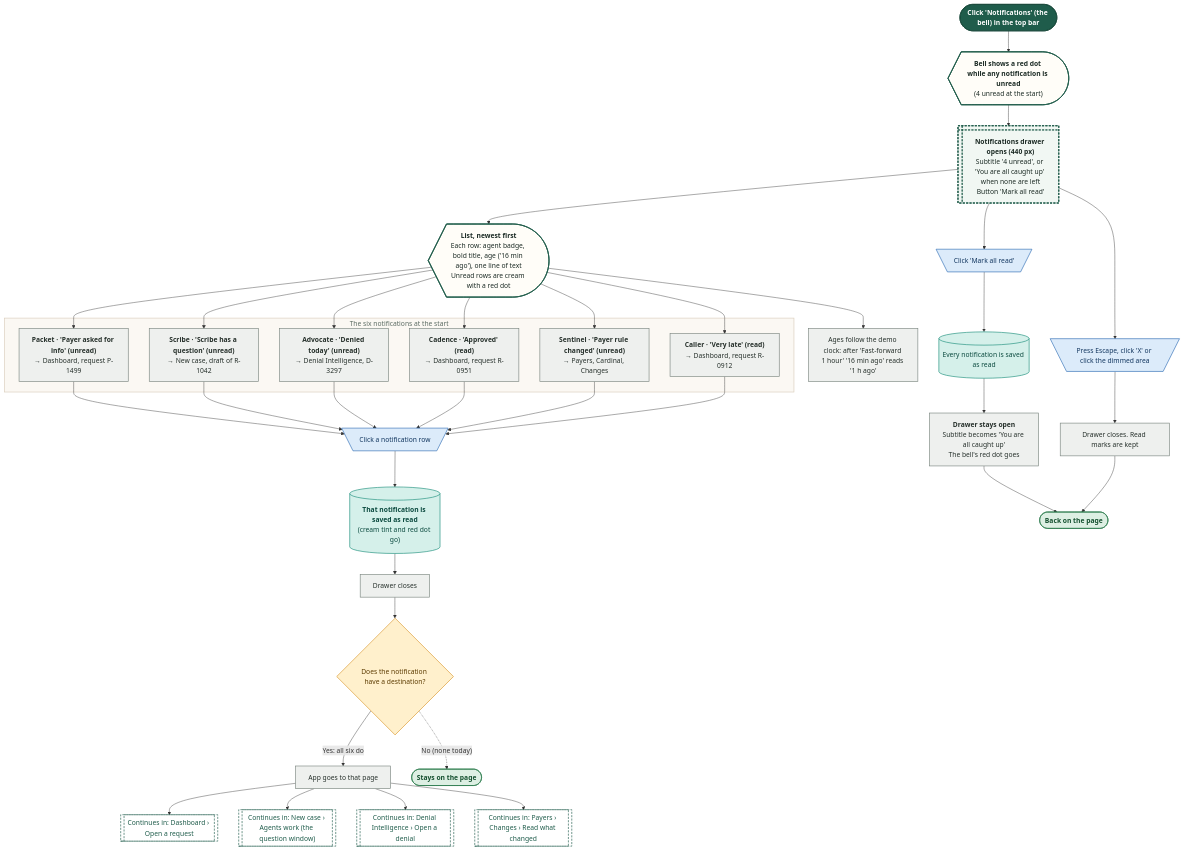
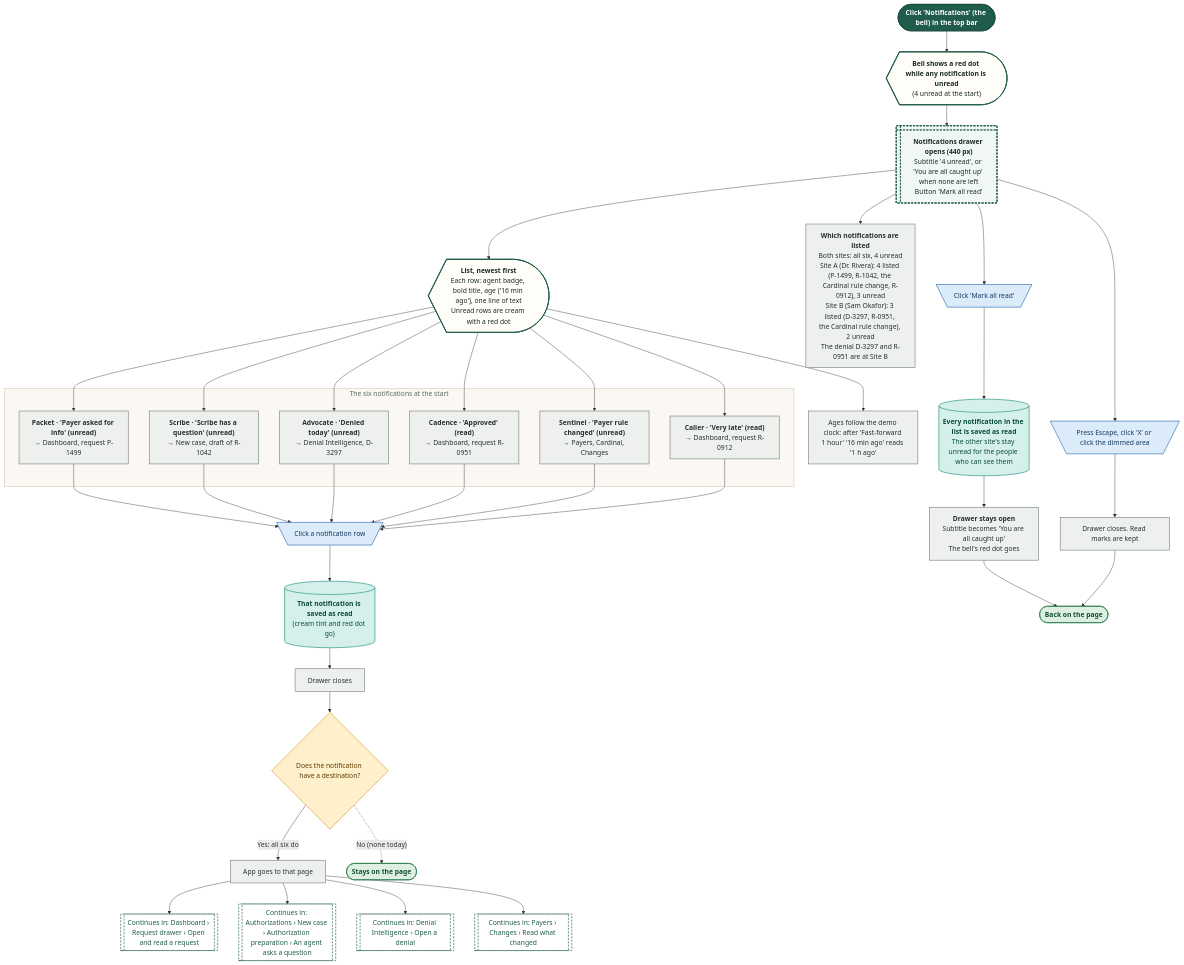
The ninth of 18 diagrams in demos/prior-auth-demo/workflows/out/md/01-global-shell.md (Shrav143/psyfloapp), drawn with Mermaid before and after one commit. The commit also changed other lines of this file and 251 other files, not shown here.

First line of the commit message:
docs: rebuild the workflow diagrams (291) for round 4

````diff
--- a/demos/prior-auth-demo/workflows/out/md/01-global-shell.md
+++ b/demos/prior-auth-demo/workflows/out/md/01-global-shell.md
@@ -592,69 +675,71 @@
 ```mermaid
 %%{init: {"theme":"base","themeVariables":{"fontFamily":"'DM Sans', 'Segoe UI', system-ui, sans-serif","fontSize":"15px","lineColor":"#5B6B63","primaryTextColor":"#1C2B25","clusterBkg":"#FBF8F3","clusterBorder":"#D9CDBB","edgeLabelBackground":"#FFFFFF"},"flowchart":{"curve":"basis","nodeSpacing":36,"rankSpacing":48,"padding":12,"htmlLabels":true,"useMaxWidth":false,"wrappingWidth":230}} }%%
 flowchart TD
   classDef k_start fill:#1F5C4B,stroke:#174638,color:#FFFFFF,stroke-width:1.5px,font-weight:600
   classDef k_end fill:#DDEFE3,stroke:#2E7D4F,color:#14502F,stroke-width:1.5px,font-weight:600
   classDef k_endx fill:#FBE3E0,stroke:#C0392B,color:#7A1F16,stroke-width:1.5px,font-weight:600
   classDef k_screen fill:#FFFDF8,stroke:#1F5C4B,color:#1C2B25,stroke-width:2px
   classDef k_overlay fill:#F1F7F3,stroke:#1F5C4B,color:#1C2B25,stroke-width:2px,stroke-dasharray:5 3
   classDef k_click fill:#DCEBFA,stroke:#2F6DB5,color:#12365F,stroke-width:1.5px
   classDef k_input fill:#E4E7FF,stroke:#4C5FD5,color:#1D2670,stroke-width:1.5px
   classDef k_process fill:#EEF0EE,stroke:#7A857F,color:#26302B,stroke-width:1.5px
   classDef k_agent fill:#EEE5FA,stroke:#7A4FC2,color:#341A63,stroke-width:1.5px
   classDef k_decision fill:#FFF0CC,stroke:#D9962B,color:#5C3B00,stroke-width:1.5px
   classDef k_store fill:#D5F0EA,stroke:#1C8E7B,color:#0B4A3F,stroke-width:1.5px
   classDef k_doc fill:#F6E9DC,stroke:#B07A4C,color:#4A2E14,stroke-width:1.5px
   classDef k_ext fill:#FFE6D2,stroke:#E07B39,color:#6B2F06,stroke-width:1.5px
   classDef k_wait fill:#E4E8EE,stroke:#6B7C93,color:#26303D,stroke-width:1.5px
   classDef k_toast fill:#FFF9DB,stroke:#C9A400,color:#5A4A00,stroke-width:1.5px
   classDef k_goto fill:#FFFFFF,stroke:#1F5C4B,color:#1F5C4B,stroke-width:1.5px,stroke-dasharray:5 3
   s1@{ shape: stadium, label: "Click 'Notifications' (the bell) in the top bar" }
   bell@{ shape: curv-trap, label: "<b>Bell shows a red dot while any notification is unread</b><br/>(4 unread at the start)" }
   o1@{ shape: win-pane, label: "<b>Notifications drawer opens (440 px)</b><br/>Subtitle '4 unread', or 'You are all caught up' when none are left<br/>Button 'Mark all read'" }
   l1@{ shape: curv-trap, label: "<b>List, newest first</b><br/>Each row: agent badge, bold title, age ('16 min ago'), one line of text<br/>Unread rows are cream with a red dot" }
+  ps@{ shape: rect, label: "<b>Which notifications are listed</b><br/>Both sites: all six, 4 unread<br/>Site A (Dr. Rivera): 4 listed (P-1499, R-1042, the Cardinal rule change, R-0912), 3 unread<br/>Site B (Sam Okafor): 3 listed (D-3297, R-0951, the Cardinal rule change), 2 unread<br/>The denial D-3297 and R-0951 are at Site B" }
   p0@{ shape: rect, label: "Ages follow the demo clock: after 'Fast-forward 1 hour' '16 min ago' reads '1 h ago'" }
   subgraph gRows ["The six notifications at the start"]
   n1@{ shape: rect, label: "<b>Packet · 'Payer asked for info' (unread)</b><br/>→ Dashboard, request P-1499" }
   n2@{ shape: rect, label: "<b>Scribe · 'Scribe has a question' (unread)</b><br/>→ New case, draft of R-1042" }
   n3@{ shape: rect, label: "<b>Advocate · 'Denied today' (unread)</b><br/>→ Denial Intelligence, D-3297" }
   n4@{ shape: rect, label: "<b>Cadence · 'Approved' (read)</b><br/>→ Dashboard, request R-0951" }
   n5@{ shape: rect, label: "<b>Sentinel · 'Payer rule changed' (unread)</b><br/>→ Payers, Cardinal, Changes" }
   n6@{ shape: rect, label: "<b>Caller · 'Very late' (read)</b><br/>→ Dashboard, request R-0912" }
   end
   c1@{ shape: trap-t, label: "Click a notification row" }
   st1@{ shape: cyl, label: "<b>That notification is saved as read</b><br/>(cream tint and red dot go)" }
   p1@{ shape: rect, label: "Drawer closes" }
   d1@{ shape: diam, label: "Does the notification have a destination?" }
   p2@{ shape: rect, label: "App goes to that page" }
-  g1@{ shape: subproc, label: "Continues in: Dashboard › Open a request" }
-  g2@{ shape: subproc, label: "Continues in: New case › Agents work (the question window)" }
+  g1@{ shape: subproc, label: "Continues in: Dashboard › Request drawer › Open and read a request" }
+  g2@{ shape: subproc, label: "Continues in: Authorizations › New case › Authorization preparation › An agent asks a question" }
   g3@{ shape: subproc, label: "Continues in: Denial Intelligence › Open a denial" }
   g4@{ shape: subproc, label: "Continues in: Payers › Changes › Read what changed" }
   e0@{ shape: stadium, label: "Stays on the page" }
   c2@{ shape: trap-t, label: "Click 'Mark all read'" }
-  st2@{ shape: cyl, label: "Every notification is saved as read" }
+  st2@{ shape: cyl, label: "<b>Every notification in the list is saved as read</b><br/>The other site's stay unread for the people who can see them" }
   p3@{ shape: rect, label: "<b>Drawer stays open</b><br/>Subtitle becomes 'You are all caught up'<br/>The bell's red dot goes" }
   c3@{ shape: trap-t, label: "Press Escape, click 'X' or click the dimmed area" }
   p4@{ shape: rect, label: "Drawer closes. Read marks are kept" }
   e1@{ shape: stadium, label: "Back on the page" }
   s1 --> bell --> o1 --> l1
   l1 --> p0
+  o1 --> ps
   l1 --> n1 & n2 & n3 & n4 & n5 & n6
   n1 & n2 & n3 & n4 & n5 & n6 --> c1
   c1 --> st1 --> p1 --> d1
   d1 -->|"Yes: all six do"| p2
   d1 -.->|"No (none today)"| e0
   p2 --> g1 & g2 & g3 & g4
   o1 --> c2 --> st2 --> p3 --> e1
   o1 --> c3 --> p4 --> e1
   class s1 k_start
   class bell,l1 k_screen
   class o1 k_overlay
-  class p0,n1,n2,n3,n4,n5,n6,p1,p2,p3,p4 k_process
+  class ps,p0,n1,n2,n3,n4,n5,n6,p1,p2,p3,p4 k_process
   class c1,c2,c3 k_click
   class st1,st2 k_store
   class d1 k_decision
   class g1,g2,g3,g4 k_goto
   class e0,e1 k_end
   style gRows fill:#FBF8F3,stroke:#D9CDBB,stroke-width:1.5px,color:#5B6B63
 ```
````
